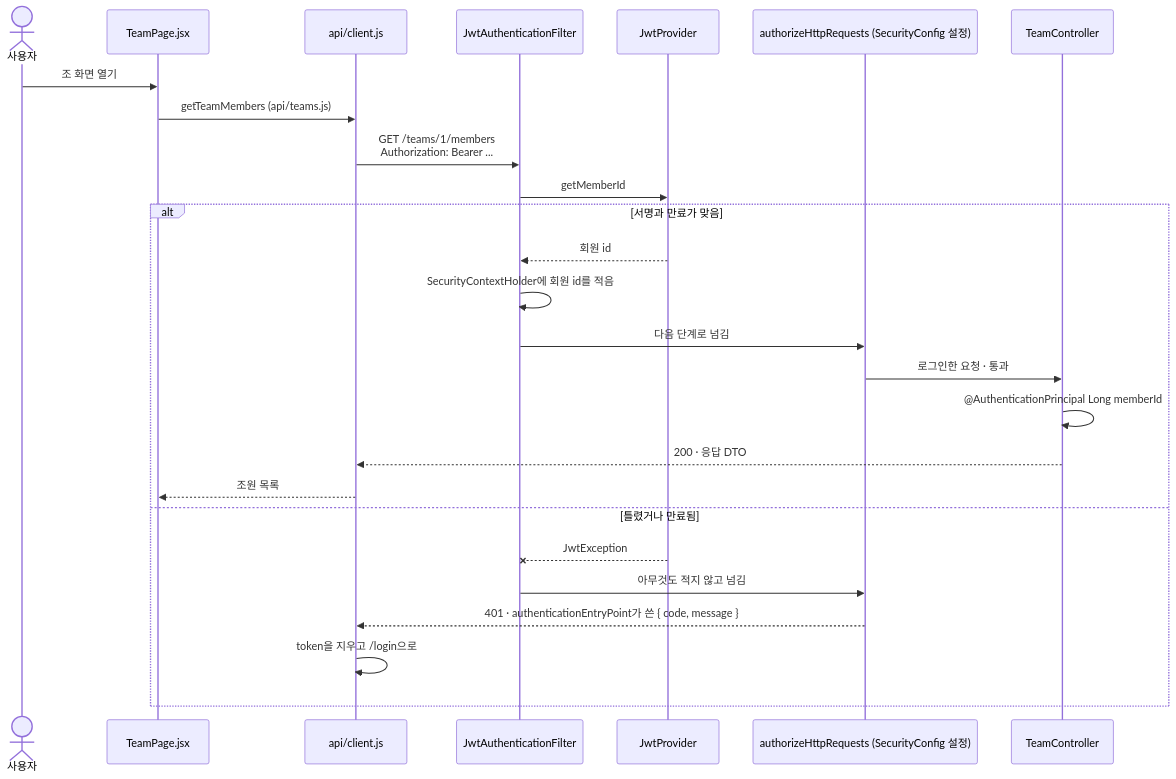
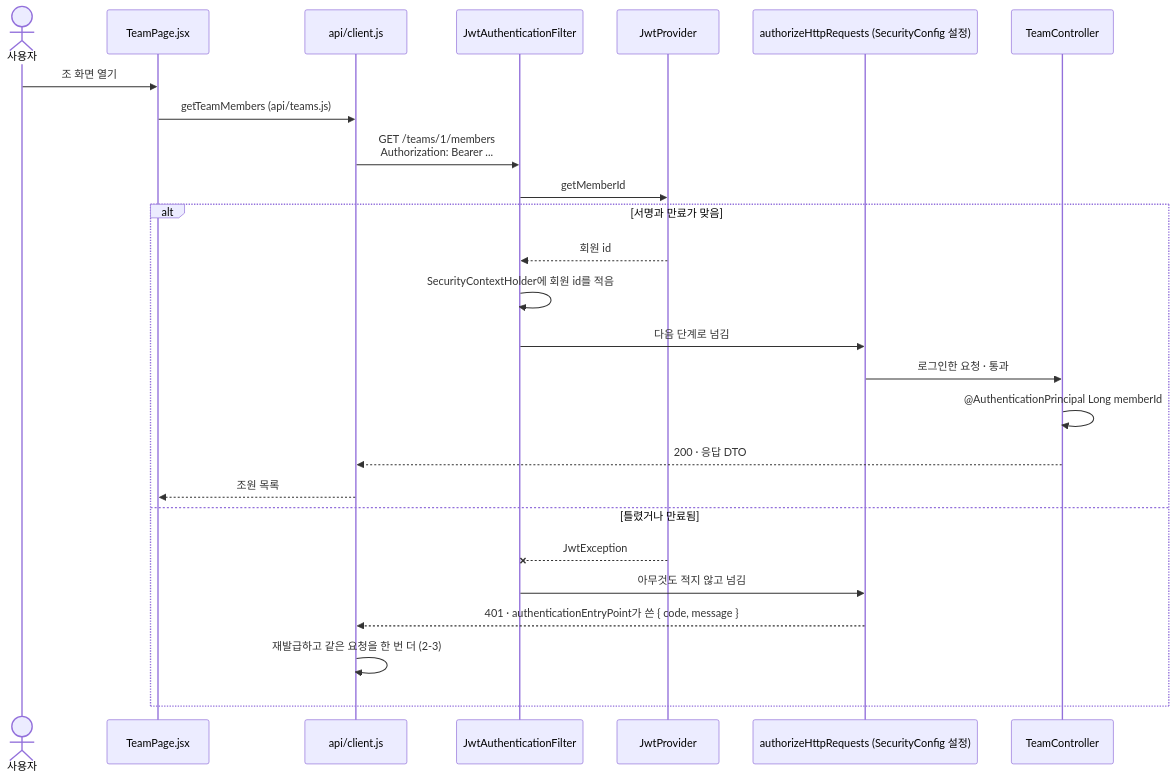
The third of 6 diagrams in docs/architecture.md (Pyrite9/footprint-demo), drawn with Mermaid before and after one commit. The commit also changed other lines of this file and 33 other files, not shown here.

````diff
--- a/docs/architecture.md
+++ b/docs/architecture.md
@@ -108,29 +112,29 @@
 ```mermaid
 sequenceDiagram
     actor U as 사용자
     participant T as TeamPage.jsx
     participant CL as api/client.js
     participant F as JwtAuthenticationFilter
     participant J as JwtProvider
     participant S as authorizeHttpRequests (SecurityConfig 설정)
     participant C as TeamController
 
     U->>T: 조 화면 열기
     T->>CL: getTeamMembers (api/teams.js)
     CL->>F: GET /teams/1/members<br/>Authorization: Bearer ...
     F->>J: getMemberId
     alt 서명과 만료가 맞음
         J-->>F: 회원 id
         F->>F: SecurityContextHolder에 회원 id를 적음
         F->>S: 다음 단계로 넘김
         S->>C: 로그인한 요청 · 통과
         C->>C: @AuthenticationPrincipal Long memberId
         C-->>CL: 200 · 응답 DTO
         CL-->>T: 조원 목록
     else 틀렸거나 만료됨
         J--xF: JwtException
         F->>S: 아무것도 적지 않고 넘김
         S-->>CL: 401 · authenticationEntryPoint가 쓴 { code, message }
-        CL->>CL: token을 지우고 /login으로
+        CL->>CL: 재발급하고 같은 요청을 한 번 더 (2-3)
     end
 ```
````
